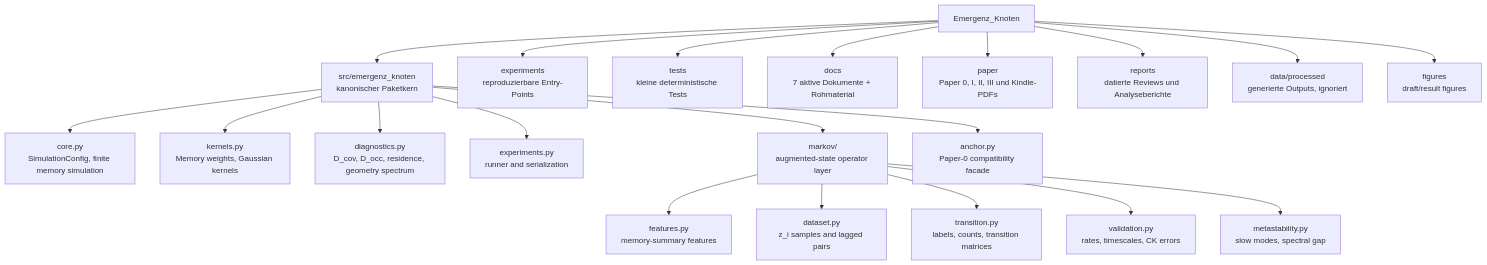
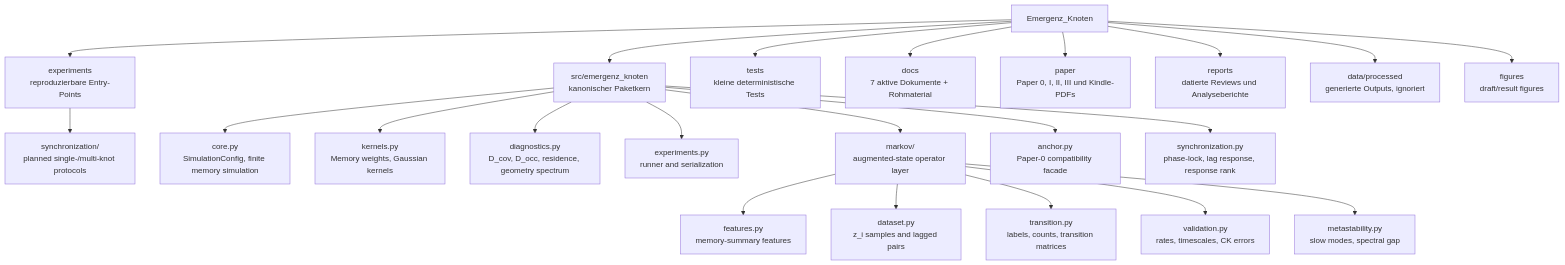
The first of 4 diagrams in docs/repository_map.md (MemoryDynamics/Knoten), drawn with Mermaid before and after one commit. The commit also changed other lines of this file and 9 other files, not shown here.

````diff
--- a/docs/repository_map.md
+++ b/docs/repository_map.md
@@ -10,26 +10,29 @@
 ```mermaid
 flowchart TD
     root["Emergenz_Knoten"]
 
     root --> src["src/emergenz_knoten<br/>kanonischer Paketkern"]
     root --> experiments["experiments<br/>reproduzierbare Entry-Points"]
     root --> tests["tests<br/>kleine deterministische Tests"]
     root --> docs["docs<br/>7 aktive Dokumente + Rohmaterial"]
     root --> paper["paper<br/>Paper 0, I, II, III und Kindle-PDFs"]
     root --> reports["reports<br/>datierte Reviews und Analyseberichte"]
     root --> data["data/processed<br/>generierte Outputs, ignoriert"]
     root --> figures["figures<br/>draft/result figures"]
 
+    experiments --> sync_exp["synchronization/<br/>planned single-/multi-knot protocols"]
+
     src --> core["core.py<br/>SimulationConfig, finite memory simulation"]
     src --> kernels["kernels.py<br/>Memory weights, Gaussian kernels"]
     src --> diagnostics["diagnostics.py<br/>D_cov, D_occ, residence, geometry spectrum"]
     src --> experiments_api["experiments.py<br/>runner and serialization"]
     src --> markov["markov/<br/>augmented-state operator layer"]
     src --> anchor["anchor.py<br/>Paper-0 compatibility facade"]
+    src --> sync["synchronization.py<br/>phase-lock, lag response, response rank"]
 
     markov --> features["features.py<br/>memory-summary features"]
     markov --> dataset["dataset.py<br/>z_i samples and lagged pairs"]
     markov --> transition["transition.py<br/>labels, counts, transition matrices"]
     markov --> validation["validation.py<br/>rates, timescales, CK errors"]
     markov --> metastability["metastability.py<br/>slow modes, spectral gap"]
 ```
````
